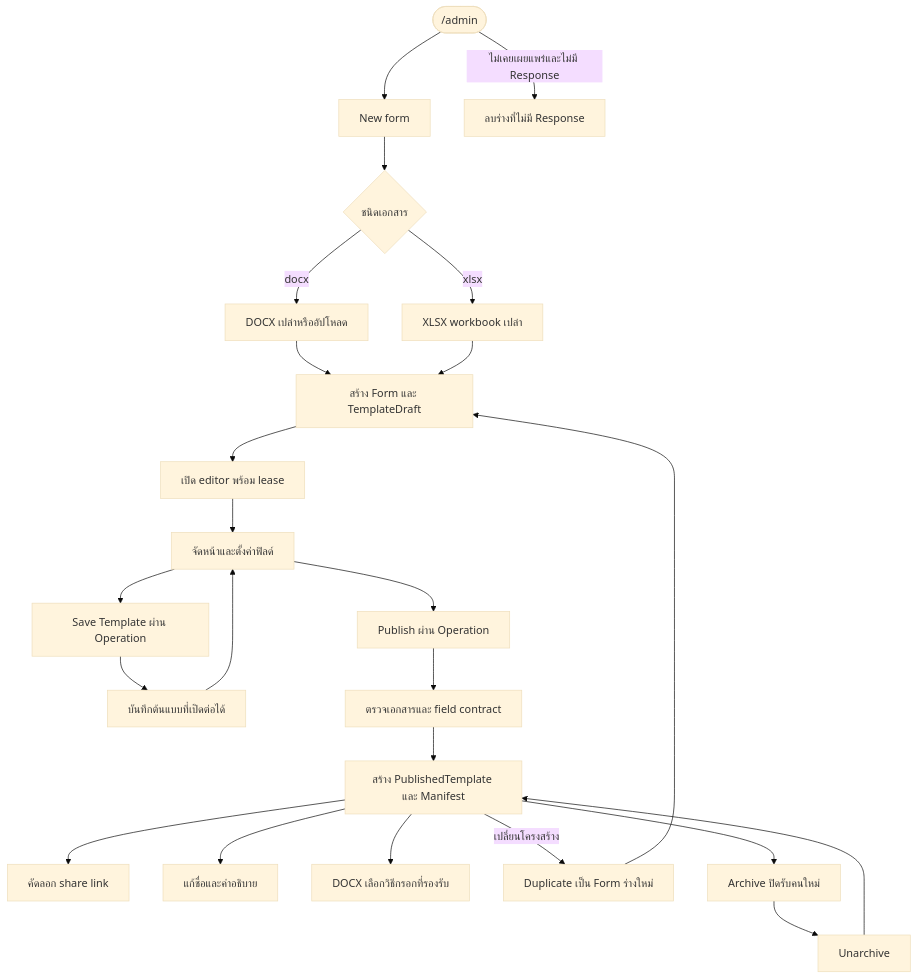
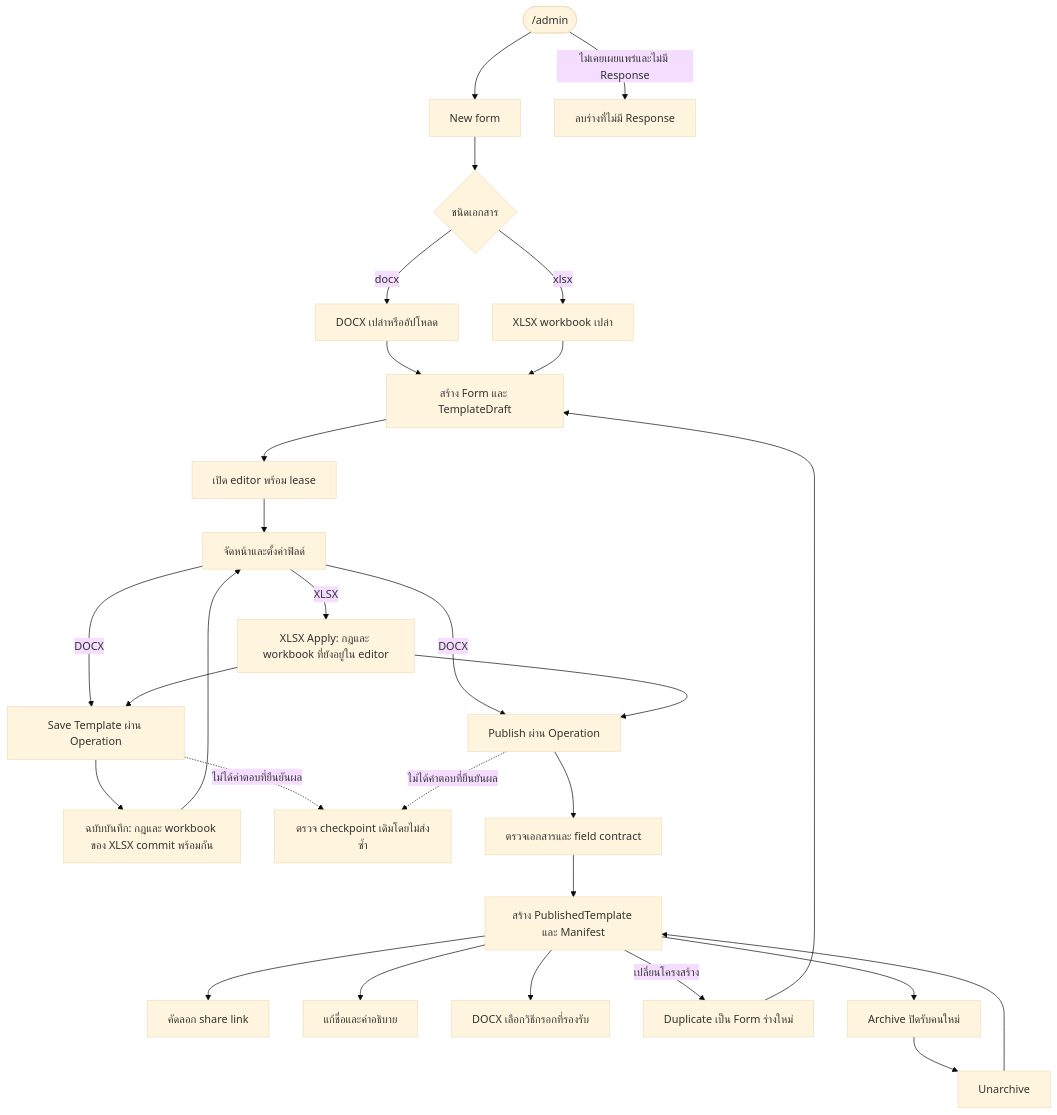
Before and after one commit to AquilaStudio2/folio-forms: the diagram in .scratch/system-workflow/diagrams/05-form-authoring.mmd, drawn with Mermaid (base theme). The commit also changed 31 other files, not shown here.

First line of the commit message:
docs(xlsx): publish verified workbook flows and record native evidence limits

```diff
--- a/.scratch/system-workflow/diagrams/05-form-authoring.mmd
+++ b/.scratch/system-workflow/diagrams/05-form-authoring.mmd
@@ -1,33 +1,41 @@
 flowchart TD
     list(["/admin"])
     create["New form"]
     kind{"ชนิดเอกสาร"}
     docx["DOCX เปล่าหรืออัปโหลด"]
     xlsx["XLSX workbook เปล่า"]
     draft["สร้าง Form และ TemplateDraft"]
     lease["เปิด editor พร้อม lease"]
     design["จัดหน้าและตั้งค่าฟิลด์"]
+    working["XLSX Apply: กฎและ workbook ที่ยังอยู่ใน editor"]
     save["Save Template ผ่าน Operation"]
-    saved["บันทึกต้นแบบที่เปิดต่อได้"]
+    saved["ฉบับบันทึก: กฎและ workbook ของ XLSX commit พร้อมกัน"]
     publish["Publish ผ่าน Operation"]
+    recover["ตรวจ checkpoint เดิมโดยไม่ส่งซ้ำ"]
     validate["ตรวจเอกสารและ field contract"]
     immutable["สร้าง PublishedTemplate และ Manifest"]
     share["คัดลอก share link"]
     metadata["แก้ชื่อและคำอธิบาย"]
     method["DOCX เลือกวิธีกรอกที่รองรับ"]
     duplicate["Duplicate เป็น Form ร่างใหม่"]
     archive["Archive ปิดรับคนใหม่"]
     restore["Unarchive"]
     delete["ลบร่างที่ไม่มี Response"]
     list --> create --> kind
     kind -->|"docx"| docx --> draft
     kind -->|"xlsx"| xlsx --> draft
     draft --> lease --> design
-    design --> save --> saved
-    saved --> design
-    design --> publish --> validate --> immutable --> share
+    design -->|"XLSX"| working
+    design -->|"DOCX"| save
+    working --> save
+    save --> saved --> design
+    design -->|"DOCX"| publish
+    working --> publish
+    publish --> validate --> immutable --> share
+    save -.->|"ไม่ได้คำตอบที่ยืนยันผล"| recover
+    publish -.->|"ไม่ได้คำตอบที่ยืนยันผล"| recover
     immutable --> metadata
     immutable --> method
     immutable -->|"เปลี่ยนโครงสร้าง"| duplicate --> draft
     immutable --> archive --> restore --> immutable
     list -->|"ไม่เคยเผยแพร่และไม่มี Response"| delete
```
